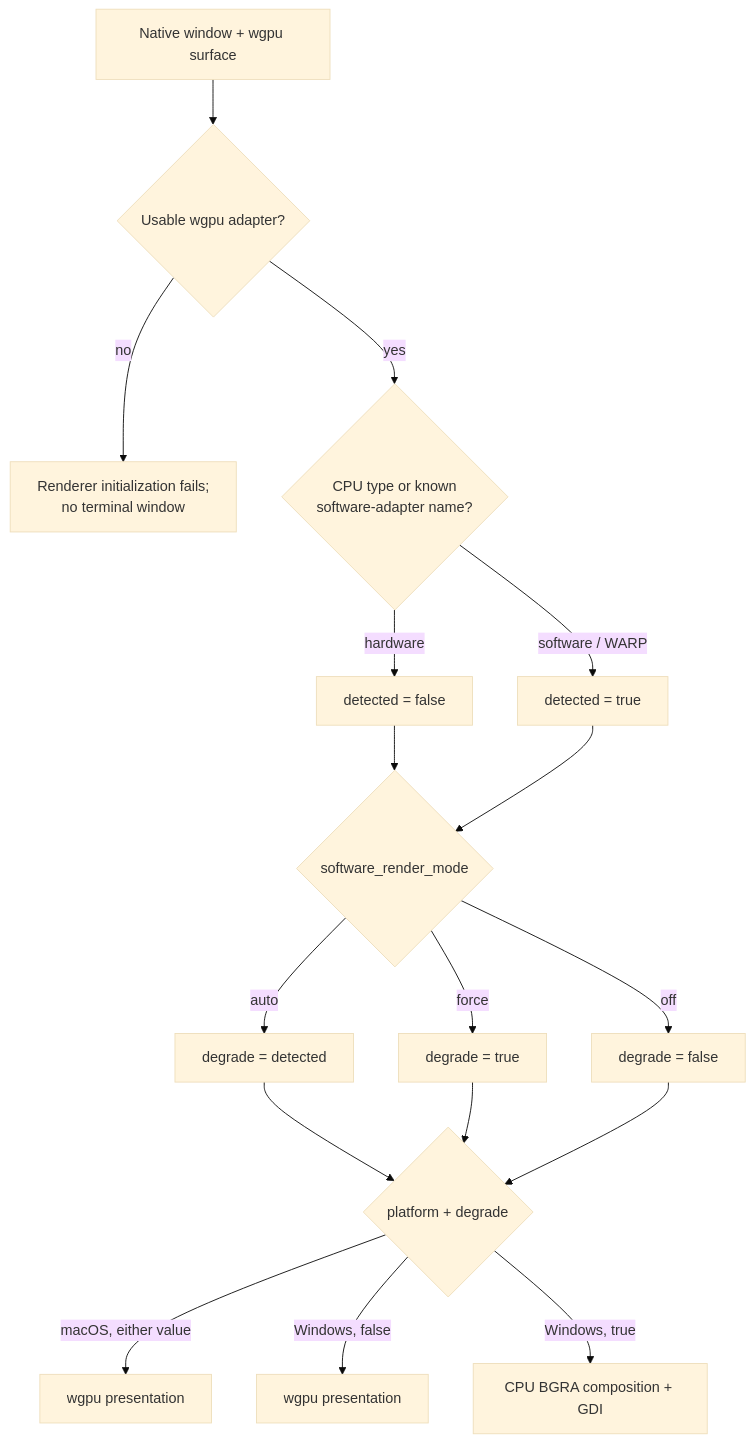
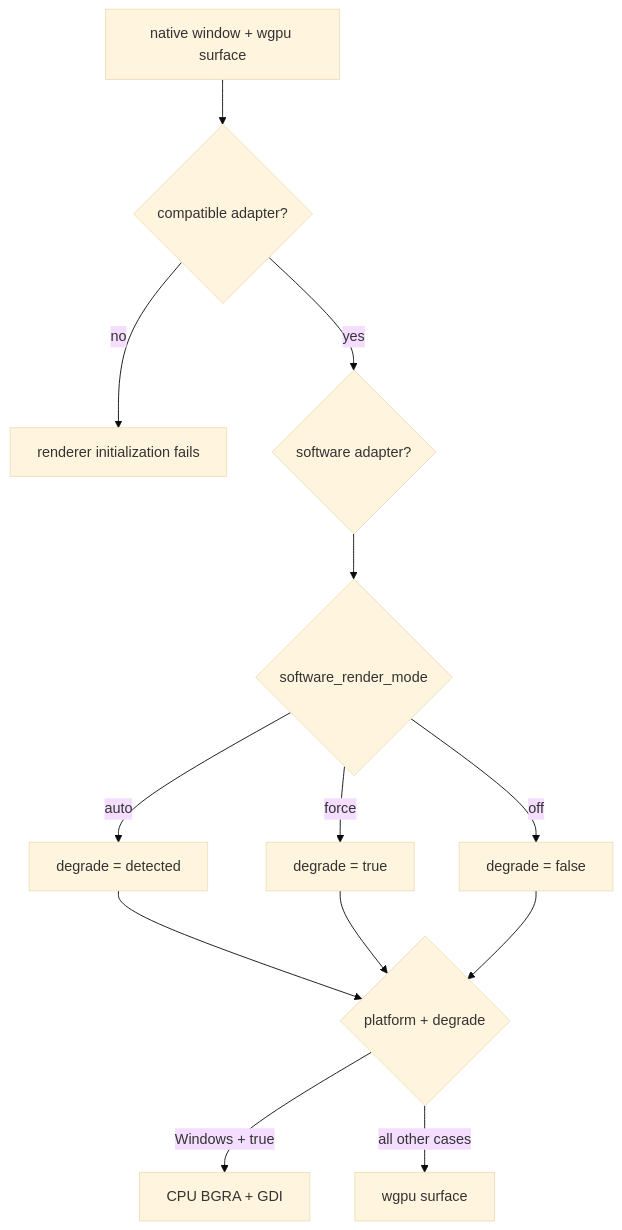
Before and after one commit to D0n9X1n/SonicTerm: the second of 4 diagrams in wiki/From-Keypress-to-Pixel.md, drawn with Mermaid (base theme). The commit also changed other lines of this file and 33 other files, not shown here.

````diff
--- a/wiki/From-Keypress-to-Pixel.md
+++ b/wiki/From-Keypress-to-Pixel.md
@@ -98,19 +81,15 @@
 ```mermaid
 flowchart TD
-    window["Native window + wgpu surface"] --> adapter{"Usable wgpu adapter?"}
-    adapter -- "no" --> stop["Renderer initialization fails;<br/>no terminal window"]
-    adapter -- "yes" --> classify{"CPU type or known<br/>software-adapter name?"}
-    classify -- "hardware" --> detectedNo["detected = false"]
-    classify -- "software / WARP" --> detectedYes["detected = true"]
-    detectedNo --> policy{"software_render_mode"}
-    detectedYes --> policy
-    policy -- "auto" --> follow["degrade = detected"]
+    window["native window + wgpu surface"] --> adapter{"compatible adapter?"}
+    adapter -- "no" --> fail["renderer initialization fails"]
+    adapter -- "yes" --> classify{"software adapter?"}
+    classify --> policy{"software_render_mode"}
+    policy -- "auto" --> auto["degrade = detected"]
     policy -- "force" --> force["degrade = true"]
     policy -- "off" --> off["degrade = false"]
-    follow --> platform{"platform + degrade"}
+    auto --> platform{"platform + degrade"}
     force --> platform
     off --> platform
-    platform -- "macOS, either value" --> mac["wgpu presentation"]
-    platform -- "Windows, false" --> wingpu["wgpu presentation"]
-    platform -- "Windows, true" --> wincpu["CPU BGRA composition + GDI"]
+    platform -- "Windows + true" --> gdi["CPU BGRA + GDI"]
+    platform -- "all other cases" --> gpu["wgpu surface"]
 ```
````
